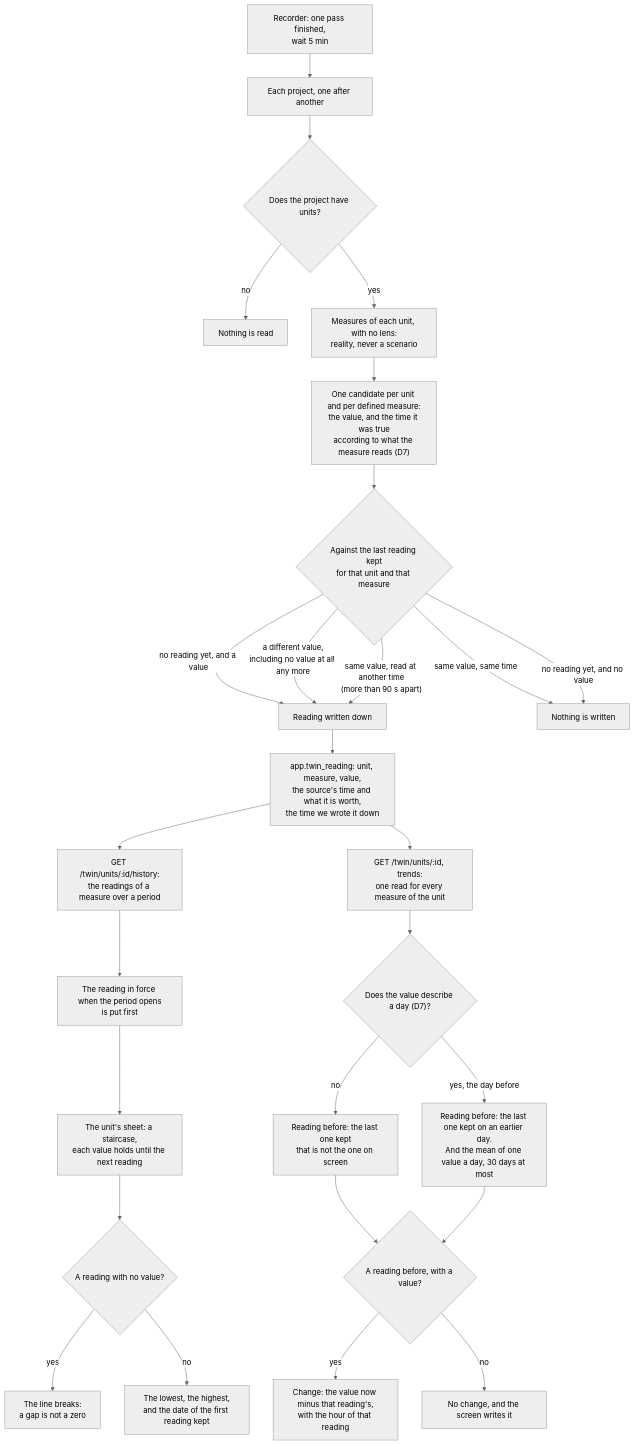
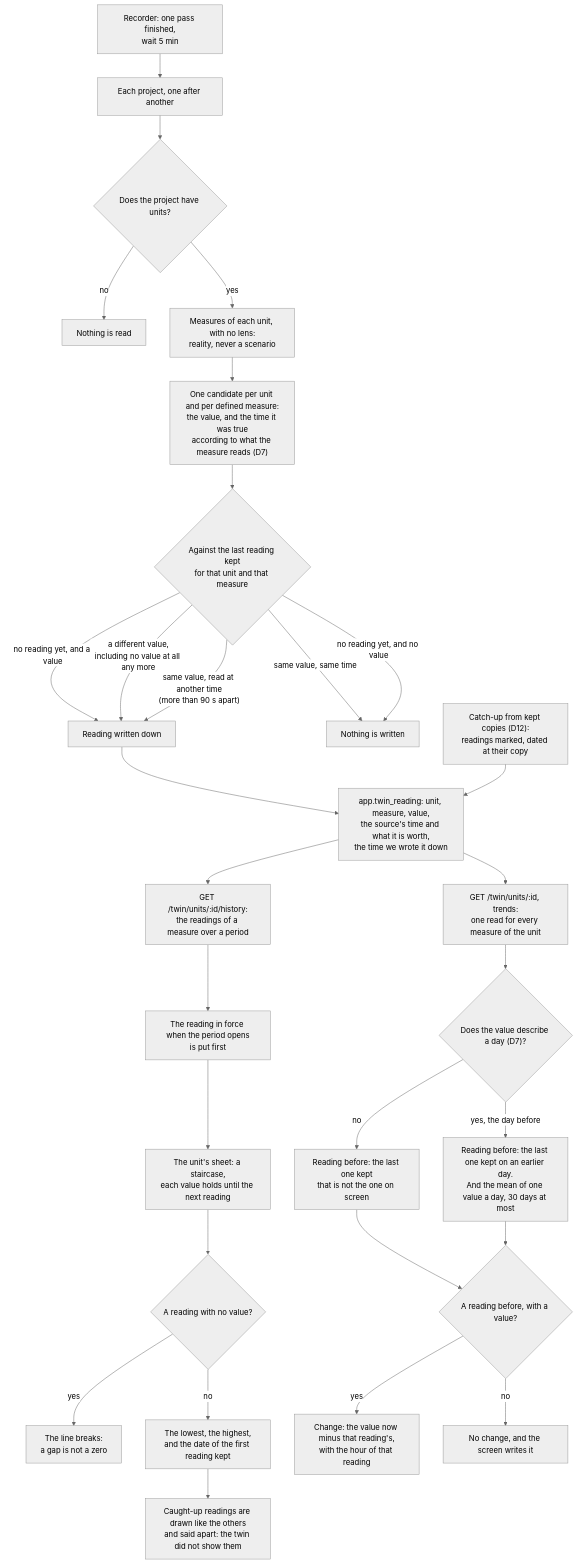
Diagram 47 of 50 in frontend/content/docs/product/algorithms.md (V1ktor7/obscyro), drawn with Mermaid (neutral theme) before and after one commit. The commit also changed other lines of this file and 32 other files, not shown here.

````diff
--- a/frontend/content/docs/product/algorithms.md
+++ b/frontend/content/docs/product/algorithms.md
@@ -1562,29 +1565,31 @@
 ```mermaid
 flowchart TD
     A["Recorder: one pass finished,<br/>wait 5 min"] --> B["Each project, one after another"]
     B --> C{"Does the project have units?"}
     C -->|"no"| C1["Nothing is read"]
     C -->|"yes"| D["Measures of each unit, with no lens:<br/>reality, never a scenario"]
     D --> E["One candidate per unit and per defined measure:<br/>the value, and the time it was true<br/>according to what the measure reads (D7)"]
     E --> F{"Against the last reading kept<br/>for that unit and that measure"}
     F -->|"no reading yet, and a value"| G["Reading written down"]
     F -->|"a different value,<br/>including no value at all any more"| G
     F -->|"same value, read at another time<br/>(more than 90 s apart)"| G
     F -->|"same value, same time"| H["Nothing is written"]
     F -->|"no reading yet, and no value"| H
     G --> I["app.twin_reading: unit, measure, value,<br/>the source's time and what it is worth,<br/>the time we wrote it down"]
+    X["Catch-up from kept copies (D12):<br/>readings marked, dated at their copy"] --> I
     I --> J["GET /twin/units/:id/history:<br/>the readings of a measure over a period"]
     J --> K["The reading in force when the period opens<br/>is put first"]
     K --> L["The unit's sheet: a staircase,<br/>each value holds until the next reading"]
     L --> M{"A reading with no value?"}
     M -->|"yes"| N["The line breaks:<br/>a gap is not a zero"]
     M -->|"no"| O["The lowest, the highest,<br/>and the date of the first reading kept"]
+    O --> O2["Caught-up readings are drawn like the others<br/>and said apart: the twin did not show them"]
     I --> P["GET /twin/units/:id, trends:<br/>one read for every measure of the unit"]
     P --> Q{"Does the value describe a day (D7)?"}
     Q -->|"no"| R["Reading before: the last one kept<br/>that is not the one on screen"]
     Q -->|"yes, the day before"| S["Reading before: the last one kept on an earlier day.<br/>And the mean of one value a day, 30 days at most"]
     R --> T{"A reading before, with a value?"}
     S --> T
     T -->|"yes"| U["Change: the value now minus that reading's,<br/>with the hour of that reading"]
     T -->|"no"| W["No change, and the screen writes it"]
 ```
````
